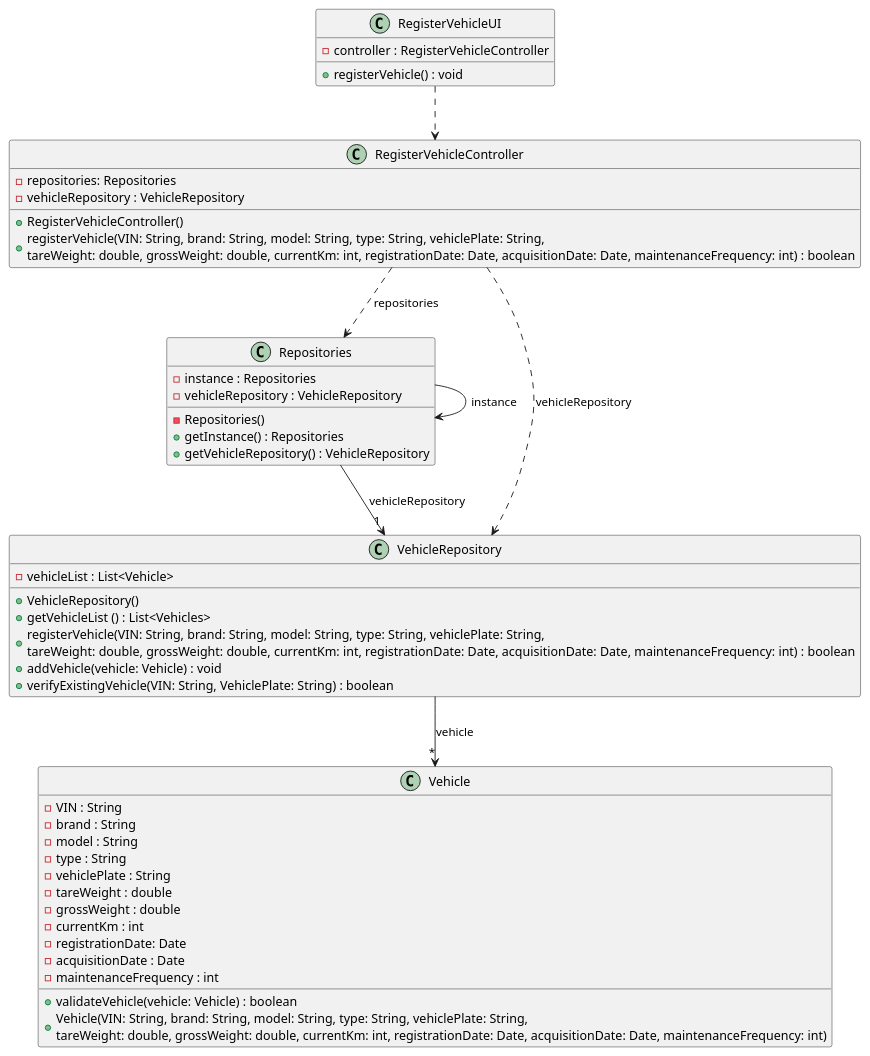
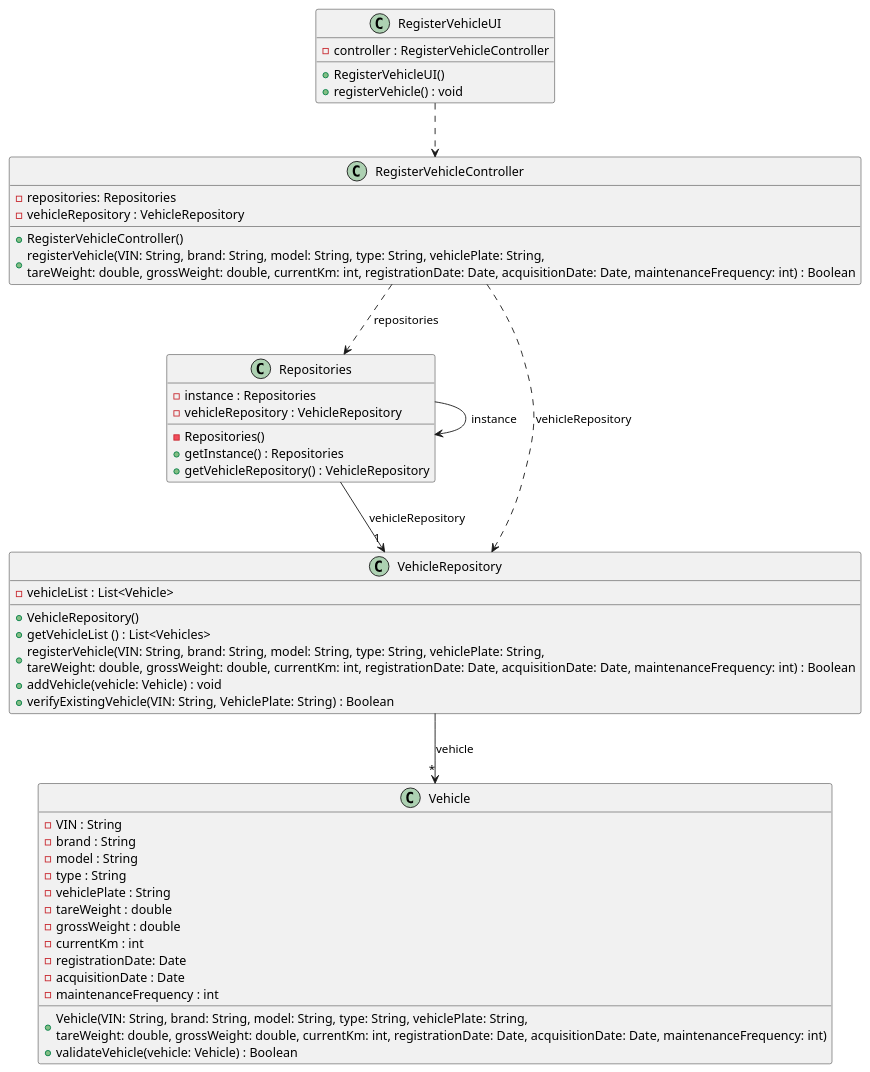
The diagram in docs/sprintB/us006/03.design/puml/us006-class-diagram.puml (ricardomm7/leaflink), drawn with PlantUML before and after one commit. The commit also changed 8 other files, not shown here.

Commit message:
Refactor RegisterVehicleUI to improve initialization and encapsulation; Update class diagrams and main application flow; Implement Runnable in CreateTeamUI for consistency with other UI classes; Clean up Main and menu UI classes.

```diff
--- a/docs/sprintB/us006/03.design/puml/us006-class-diagram.puml
+++ b/docs/sprintB/us006/03.design/puml/us006-class-diagram.puml
@@ -1,62 +1,63 @@
 @startuml
 skinparam shadowing false
 skinparam line type polyline
 
 'left to right direction
 
     class RegisterVehicleUI {
         - controller : RegisterVehicleController
+        + RegisterVehicleUI()
         + registerVehicle() : void
     }
 
     class RegisterVehicleController {
         - repositories: Repositories
         - vehicleRepository : VehicleRepository
 
         + RegisterVehicleController()
-        + registerVehicle(VIN: String, brand: String, model: String, type: String, vehiclePlate: String, \ntareWeight: double, grossWeight: double, currentKm: int, registrationDate: Date, acquisitionDate: Date, maintenanceFrequency: int) : boolean
+        + registerVehicle(VIN: String, brand: String, model: String, type: String, vehiclePlate: String, \ntareWeight: double, grossWeight: double, currentKm: int, registrationDate: Date, acquisitionDate: Date, maintenanceFrequency: int) : Boolean
     }
 
     class Repositories {
         - instance : Repositories
         - vehicleRepository : VehicleRepository
         - Repositories()
         + getInstance() : Repositories
         + getVehicleRepository() : VehicleRepository
     }
 
     class VehicleRepository {
         - vehicleList : List<Vehicle>
 
         + VehicleRepository()
         + getVehicleList () : List<Vehicles>
-        + registerVehicle(VIN: String, brand: String, model: String, type: String, vehiclePlate: String, \ntareWeight: double, grossWeight: double, currentKm: int, registrationDate: Date, acquisitionDate: Date, maintenanceFrequency: int) : boolean
+        + registerVehicle(VIN: String, brand: String, model: String, type: String, vehiclePlate: String, \ntareWeight: double, grossWeight: double, currentKm: int, registrationDate: Date, acquisitionDate: Date, maintenanceFrequency: int) : Boolean
         + addVehicle(vehicle: Vehicle) : void
-        + verifyExistingVehicle(VIN: String, VehiclePlate: String) : boolean
+        + verifyExistingVehicle(VIN: String, VehiclePlate: String) : Boolean
     }
 
     class Vehicle {
         - VIN : String
         - brand : String
         - model : String
         - type : String
         - vehiclePlate : String
         - tareWeight : double
         - grossWeight : double
         - currentKm : int
         - registrationDate: Date
         - acquisitionDate : Date
         - maintenanceFrequency : int
 
-        + validateVehicle(vehicle: Vehicle) : boolean
         + Vehicle(VIN: String, brand: String, model: String, type: String, vehiclePlate: String, \ntareWeight: double, grossWeight: double, currentKm: int, registrationDate: Date, acquisitionDate: Date, maintenanceFrequency: int)
+        + validateVehicle(vehicle: Vehicle) : Boolean
     }
 
 RegisterVehicleUI ..> RegisterVehicleController
 RegisterVehicleController ..> Repositories: repositories
 Repositories --> Repositories: instance
 RegisterVehicleController ..> VehicleRepository: vehicleRepository
 Repositories --> "1"VehicleRepository: vehicleRepository
 VehicleRepository -->"*" Vehicle: vehicle
 
 @enduml
```
